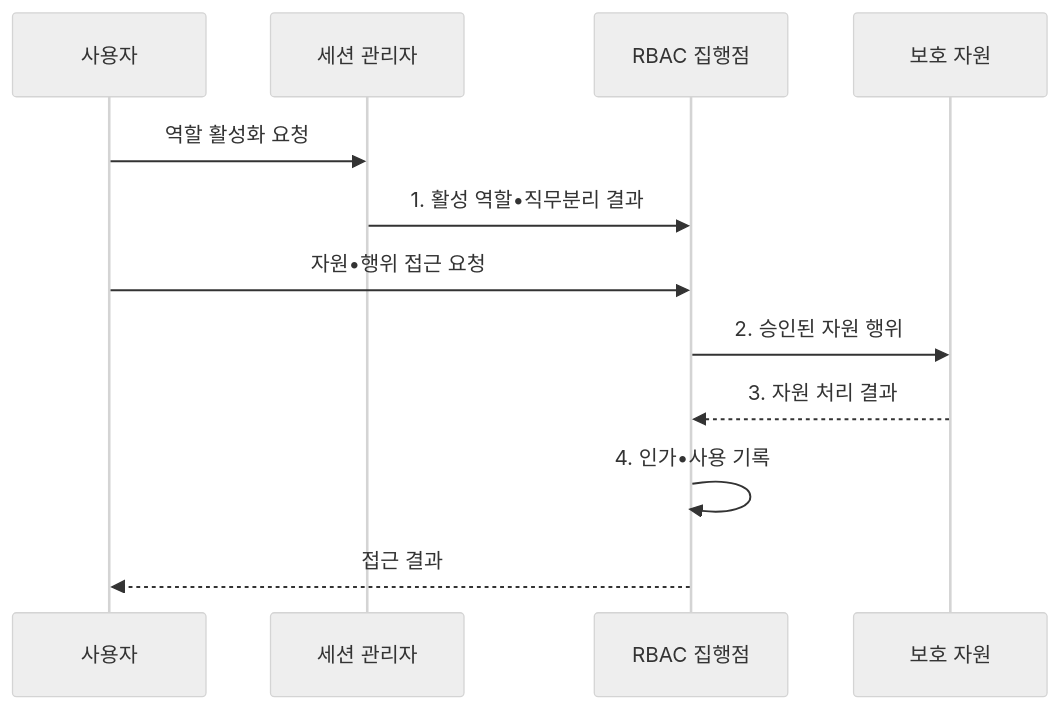
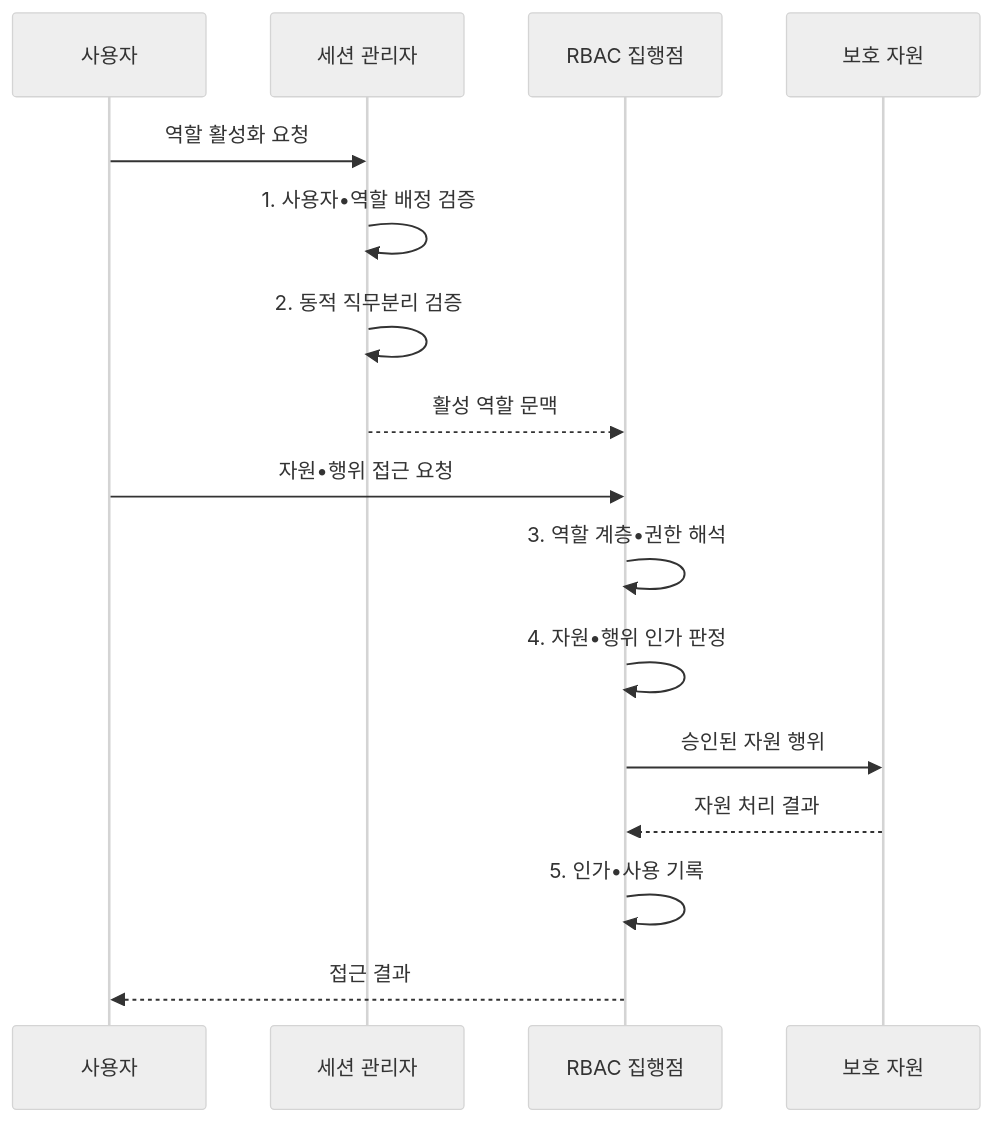
The second of 2 diagrams in src/content/docs/notes/05-security/059_rbac.md (agnusdei1207/knowledge-base), drawn with Mermaid (neutral theme) before and after one commit. The commit also changed other lines of this file and 19 other files, not shown here.

````diff
--- a/src/content/docs/notes/05-security/059_rbac.md
+++ b/src/content/docs/notes/05-security/059_rbac.md
@@ -99,14 +99,18 @@
 ```mermaid
 sequenceDiagram
     participant U as 사용자
     participant S as 세션 관리자
     participant P as RBAC 집행점
     participant R as 보호 자원
     U->>S: 역할 활성화 요청
-    S->>P: 1. 활성 역할•직무분리 결과
+    S->>S: 1. 사용자•역할 배정 검증
+    S->>S: 2. 동적 직무분리 검증
+    S-->>P: 활성 역할 문맥
     U->>P: 자원•행위 접근 요청
-    P->>R: 2. 승인된 자원 행위
-    R-->>P: 3. 자원 처리 결과
-    P->>P: 4. 인가•사용 기록
+    P->>P: 3. 역할 계층•권한 해석
+    P->>P: 4. 자원•행위 인가 판정
+    P->>R: 승인된 자원 행위
+    R-->>P: 자원 처리 결과
+    P->>P: 5. 인가•사용 기록
     P-->>U: 접근 결과
 ```
````
